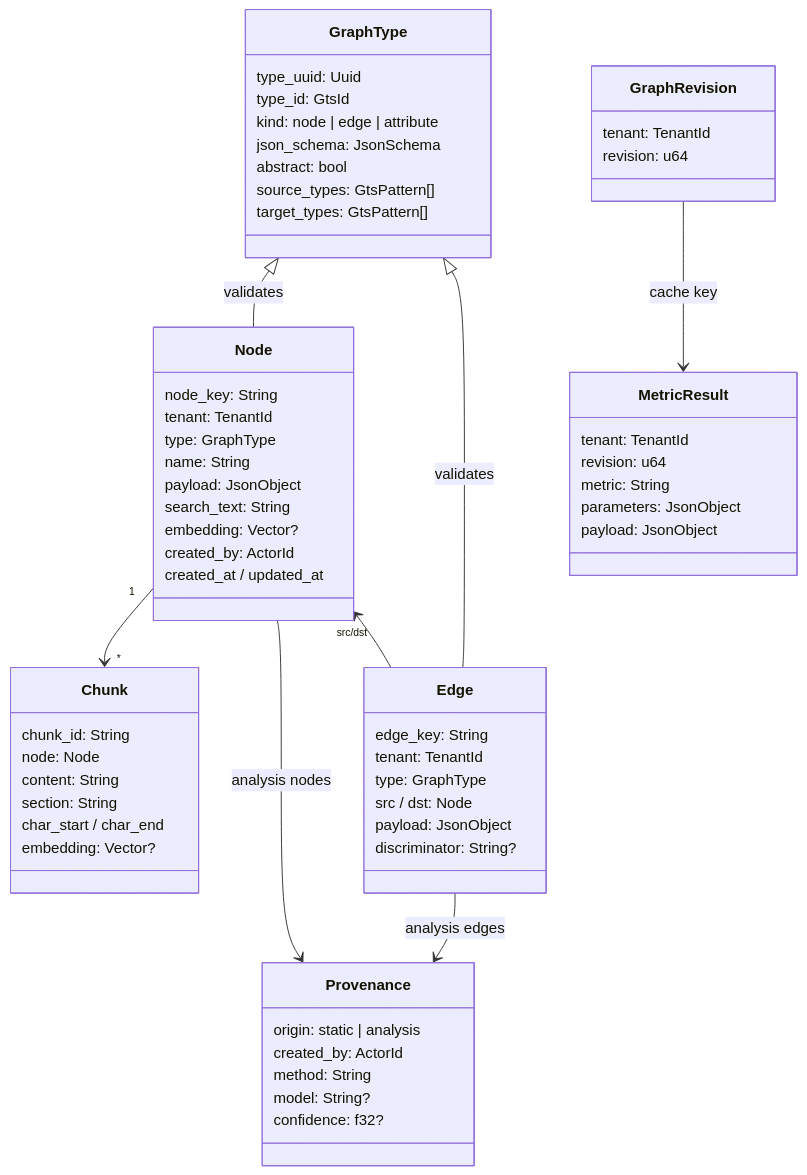
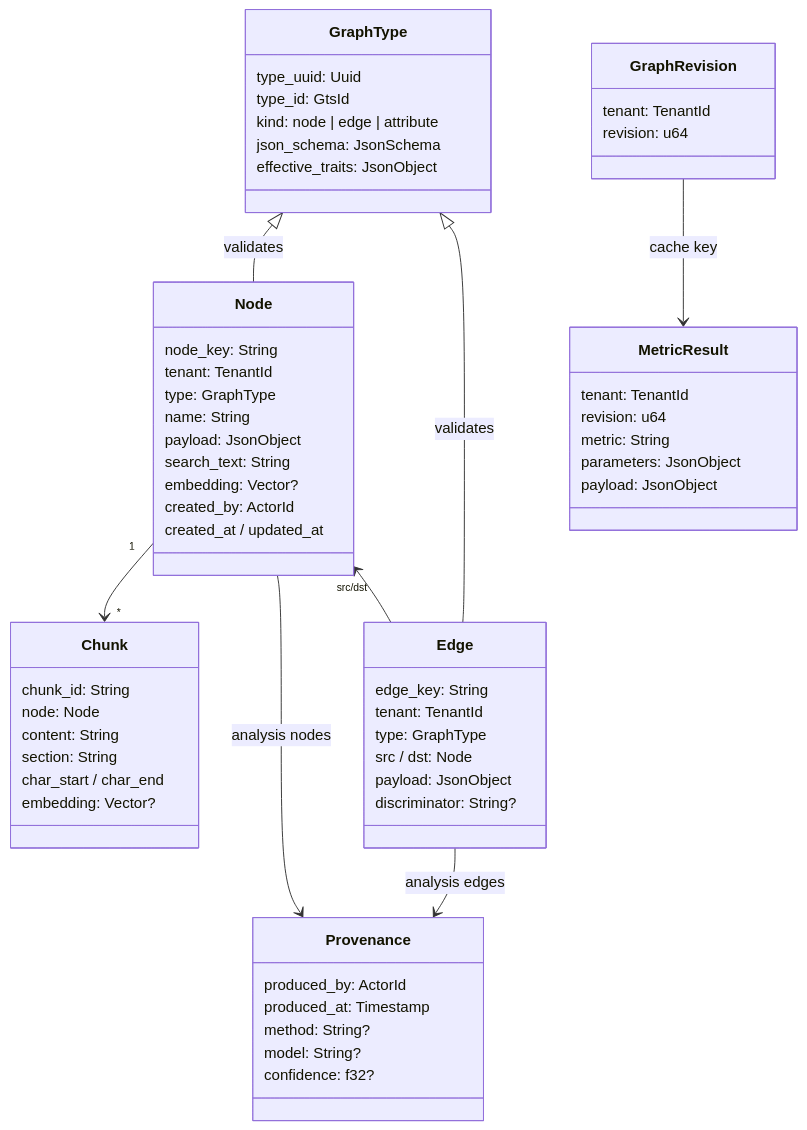
One commit to asmith987/gears-rust changed the second of 2 diagrams in gears/graph-storage/docs/DESIGN.md. Above: the diagram before and after it, drawn with Mermaid. The commit also changed other lines of this file and 17 other files, not shown here.

````diff
--- a/gears/graph-storage/docs/DESIGN.md
+++ b/gears/graph-storage/docs/DESIGN.md
@@ -236,64 +241,62 @@
 ```mermaid
 classDiagram
     class GraphType {
         type_uuid: Uuid
         type_id: GtsId
         kind: node | edge | attribute
         json_schema: JsonSchema
-        abstract: bool
-        source_types: GtsPattern[]
-        target_types: GtsPattern[]
+        effective_traits: JsonObject
     }
     class Node {
         node_key: String
         tenant: TenantId
         type: GraphType
         name: String
         payload: JsonObject
         search_text: String
         embedding: Vector?
         created_by: ActorId
         created_at / updated_at
     }
     class Edge {
         edge_key: String
         tenant: TenantId
         type: GraphType
         src / dst: Node
         payload: JsonObject
         discriminator: String?
     }
     class Chunk {
         chunk_id: String
         node: Node
         content: String
         section: String
         char_start / char_end
         embedding: Vector?
     }
     class Provenance {
-        origin: static | analysis
-        created_by: ActorId
-        method: String
+        produced_by: ActorId
+        produced_at: Timestamp
+        method: String?
         model: String?
         confidence: f32?
     }
     class GraphRevision {
         tenant: TenantId
         revision: u64
     }
     class MetricResult {
         tenant: TenantId
         revision: u64
         metric: String
         parameters: JsonObject
         payload: JsonObject
     }
     GraphType <|-- Node : validates
     GraphType <|-- Edge : validates
     Node "1" --> "*" Chunk
     Node --> Provenance : analysis nodes
     Edge --> Provenance : analysis edges
     Node "src/dst" <-- Edge
     GraphRevision --> MetricResult : cache key
 ```
````
